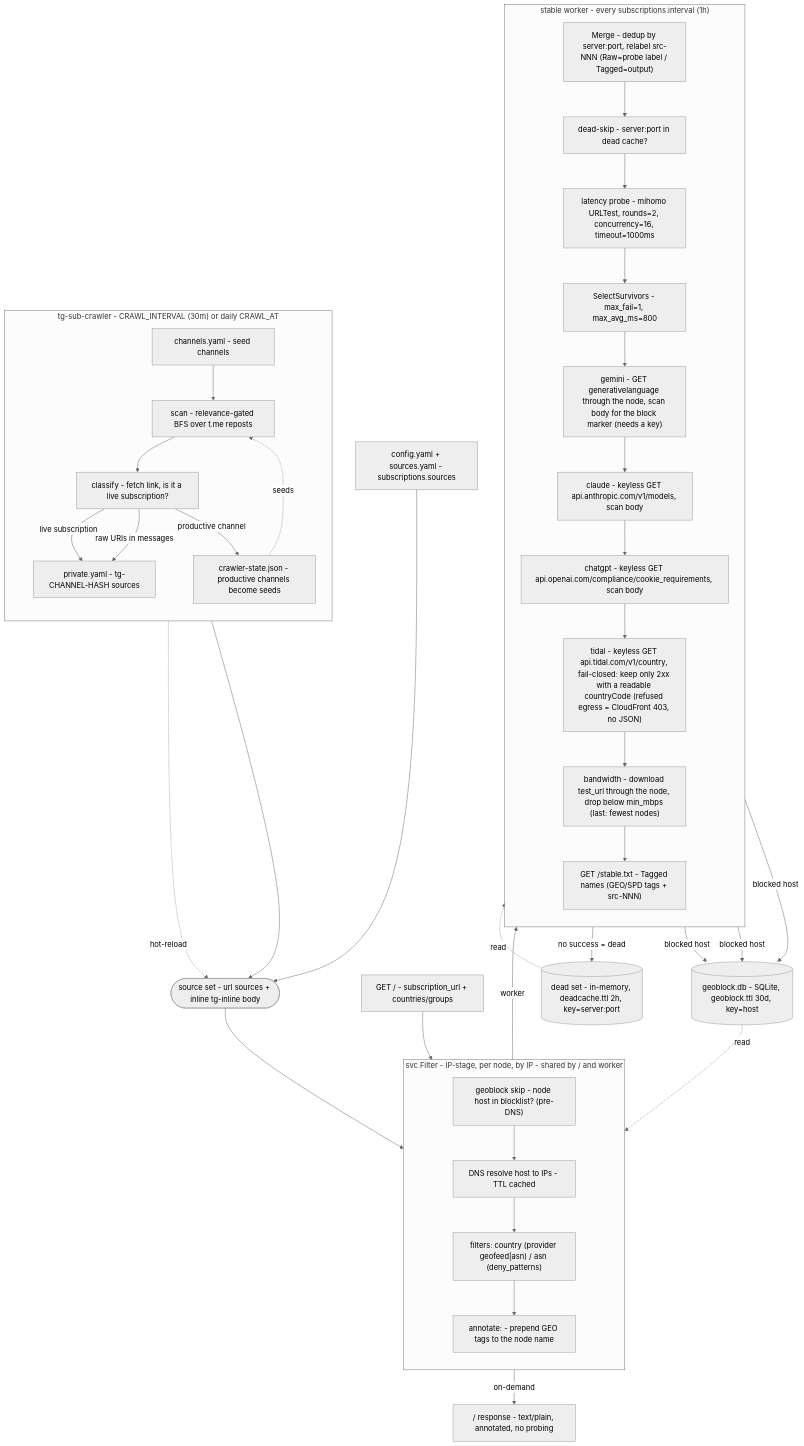
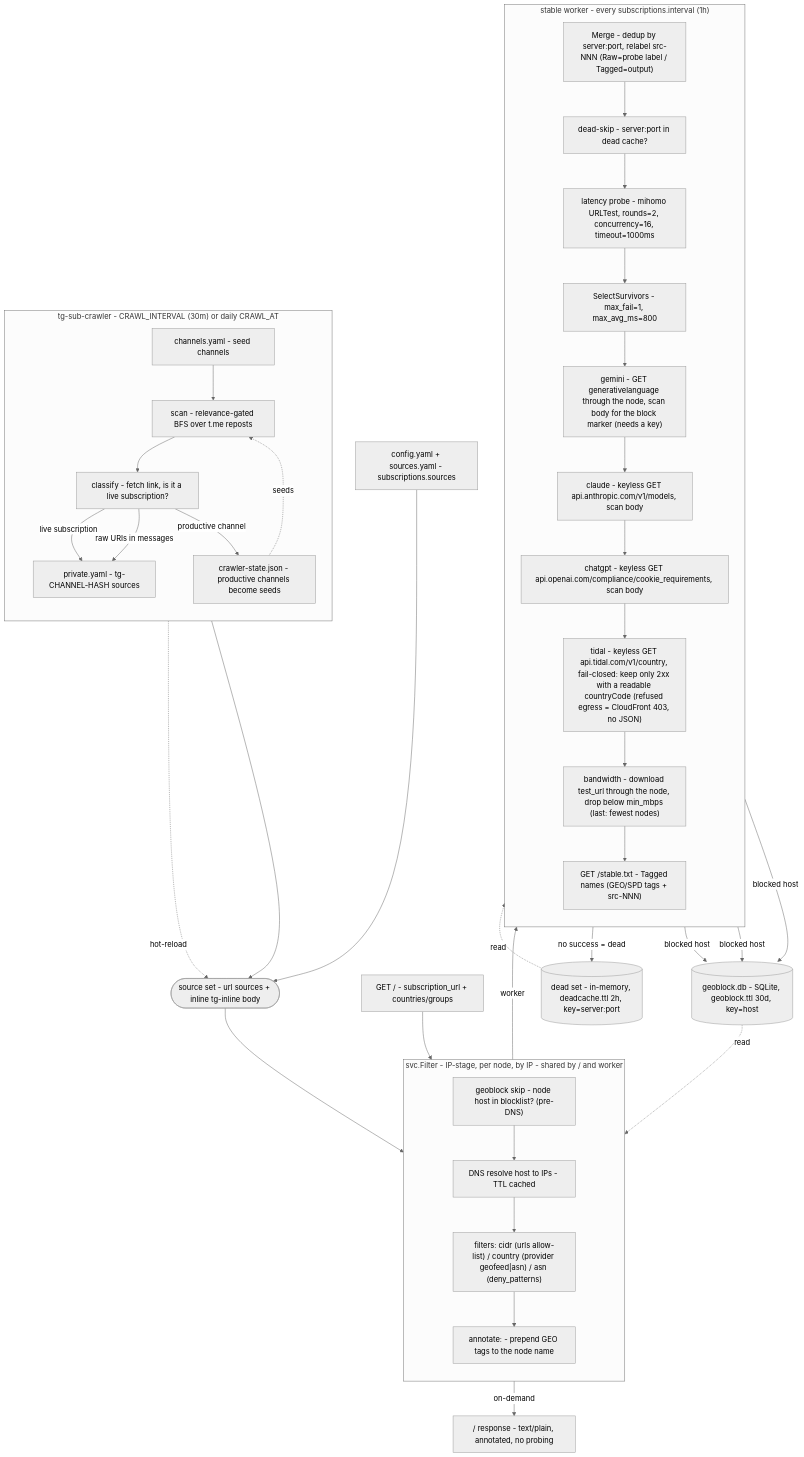
Before and after one commit to labi-le/sub-preprocessor: the diagram in pipeline.mmd, drawn with Mermaid (neutral theme). The commit also changed 28 other files, not shown here.

First line of the commit message:
filter: add the cidr allow-list

```diff
--- a/pipeline.mmd
+++ b/pipeline.mmd
@@ -1,69 +1,69 @@
 %% sub-preprocessor - processing pipeline
 %% ONE ordered `filters:` list feeds two stages:
-%%   IP-stage      = country/asn, per node by IP, on / and the worker
+%%   IP-stage      = cidr/country/asn, per node by IP, on / and the worker
 %%   through-node  = gemini/claude/chatgpt/tidal/bandwidth, worker only
 flowchart TD
   %% ================= Crawler =================
   subgraph CRAWLER["tg-sub-crawler - CRAWL_INTERVAL (30m) or daily CRAWL_AT"]
     direction TB
     CH["channels.yaml - seed channels"]
     SCAN["scan - relevance-gated BFS over t.me reposts"]
     CLS["classify - fetch link, is it a live subscription?"]
     STATE["crawler-state.json - productive channels become seeds"]
     CH --> SCAN --> CLS
     CLS -->|live subscription| PRIV["private.yaml - tg-CHANNEL-HASH sources"]
     CLS -->|raw URIs in messages| PRIV
     CLS -->|productive channel| STATE
     STATE -. seeds .-> SCAN
   end
 
   %% ================= Source set =================
   CFG["config.yaml + sources.yaml - subscriptions.sources"]
   SRC(["source set - url sources + inline tg-inline body"])
   CFG --> SRC
   PRIV --> SRC
   PRIV -. hot-reload .-> SRC
 
   %% ================= IP-stage filters (shared by both paths) =================
   subgraph FILTER["svc.Filter - IP-stage, per node, by IP - shared by / and worker"]
     direction TB
     GBH["geoblock skip - node host in blocklist? (pre-DNS)"]
     RES["DNS resolve host to IPs - TTL cached"]
-    IPF["filters: country (provider geofeed|asn) / asn (deny_patterns)"]
+    IPF["filters: cidr (urls allow-list) / country (provider geofeed|asn) / asn (deny_patterns)"]
     ANN["annotate: - prepend GEO tags to the node name"]
     GBH --> RES --> IPF --> ANN
   end
 
   %% ================= On-demand path (/) =================
   REQ["GET / - subscription_url + countries/groups"] --> FILTER
   FILTER -->|on-demand| OUT1["/ response - text/plain, annotated, no probing"]
 
   %% ================= Stable worker =================
   subgraph WORKER["stable worker - every subscriptions.interval (1h)"]
     direction TB
     MERGE["Merge - dedup by server:port, relabel src-NNN (Raw=probe label / Tagged=output)"]
     DEAD["dead-skip - server:port in dead cache?"]
     LAT["latency probe - mihomo URLTest, rounds=2, concurrency=16, timeout=1000ms"]
     SEL["SelectSurvivors - max_fail=1, max_avg_ms=800"]
     GEM["gemini - GET generativelanguage through the node, scan body for the block marker (needs a key)"]
     CLA["claude - keyless GET api.anthropic.com/v1/models, scan body"]
     CGP["chatgpt - keyless GET api.openai.com/compliance/cookie_requirements, scan body"]
     TDL["tidal - keyless GET api.tidal.com/v1/country, fail-closed: keep only 2xx with a readable countryCode (refused egress = CloudFront 403, no JSON)"]
     BWD["bandwidth - download test_url through the node, drop below min_mbps (last: fewest nodes)"]
     PUBL["GET /stable.txt - Tagged names (GEO/SPD tags + src-NNN)"]
     MERGE --> DEAD --> LAT --> SEL --> GEM --> CLA --> CGP --> TDL --> BWD --> PUBL
   end
   SRC --> FILTER
   FILTER -->|worker| MERGE
 
   %% ================= Stores =================
   GEODB[("geoblock.db - SQLite, geoblock.ttl 30d, key=host")]
   DEADSET[("dead set - in-memory, deadcache.ttl 2h, key=server:port")]
   GEM -->|blocked host| GEODB
   CLA -->|blocked host| GEODB
   CGP -->|blocked host| GEODB
   %% tidal writes nothing: its verdict is a bare status code, too weak a signal
   %% to persist host-wide for the store's TTL.
   GEODB -. read .-> GBH
   LAT -->|no success = dead| DEADSET
   DEADSET -. read .-> DEAD
```
